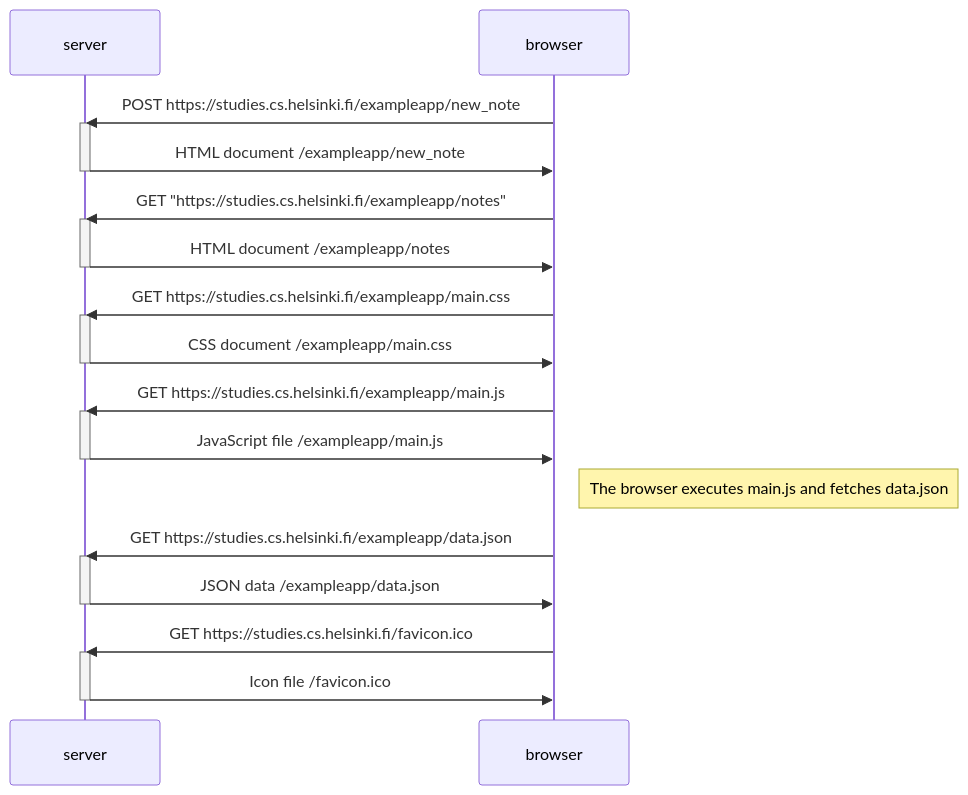
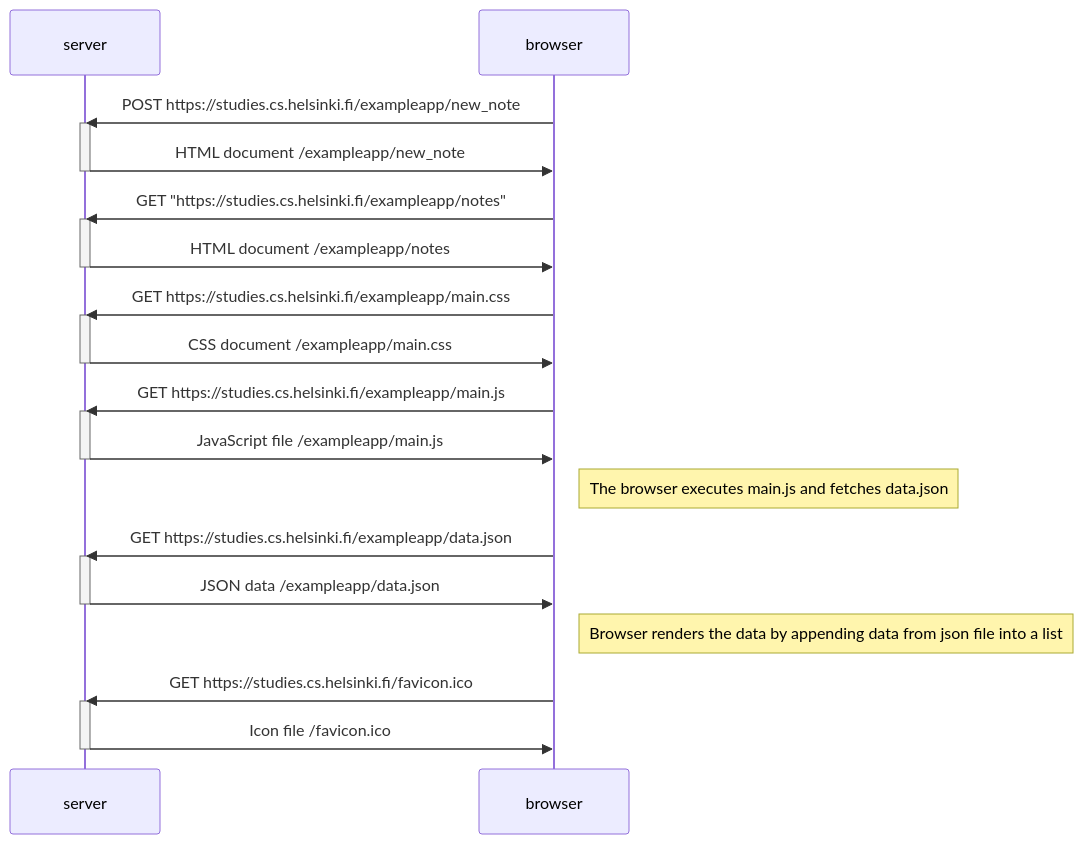
The diagram in Part 0b/exercise0.4.md (Leifdin/Fullstackopen), drawn with Mermaid before and after one commit.

Commit message:
now finished exercise 0.4

````diff
--- a/Part 0b/exercise0.4.md
+++ b/Part 0b/exercise0.4.md
@@ -1,38 +1,40 @@
 ```mermaid
 sequenceDiagram
 
     participant server
     participant browser
 
     browser->>server: POST https://studies.cs.helsinki.fi/exampleapp/new_note
     activate server
     server ->>browser: HTML document /exampleapp/new_note
     deactivate server
 
     browser->>server: GET "https://studies.cs.helsinki.fi/exampleapp/notes"
     activate server
     server->>browser: HTML document /exampleapp/notes
     deactivate server
 
     browser->>server: GET https://studies.cs.helsinki.fi/exampleapp/main.css
     activate server
     server->>browser: CSS document /exampleapp/main.css
     deactivate server
 
     browser->>server: GET https://studies.cs.helsinki.fi/exampleapp/main.js
     activate server
     server->>browser: JavaScript file /exampleapp/main.js
     deactivate server
     
     Note right of browser: The browser executes main.js and fetches data.json
 
     browser->>server: GET https://studies.cs.helsinki.fi/exampleapp/data.json
     activate server
     server->>browser: JSON data /exampleapp/data.json
     deactivate server
 
+    Note right of browser: Browser renders the data by appending data from json file into a list
+
     browser->>server: GET https://studies.cs.helsinki.fi/favicon.ico
     activate server
     server->>browser: Icon file /favicon.ico
     deactivate server
 ```
````
